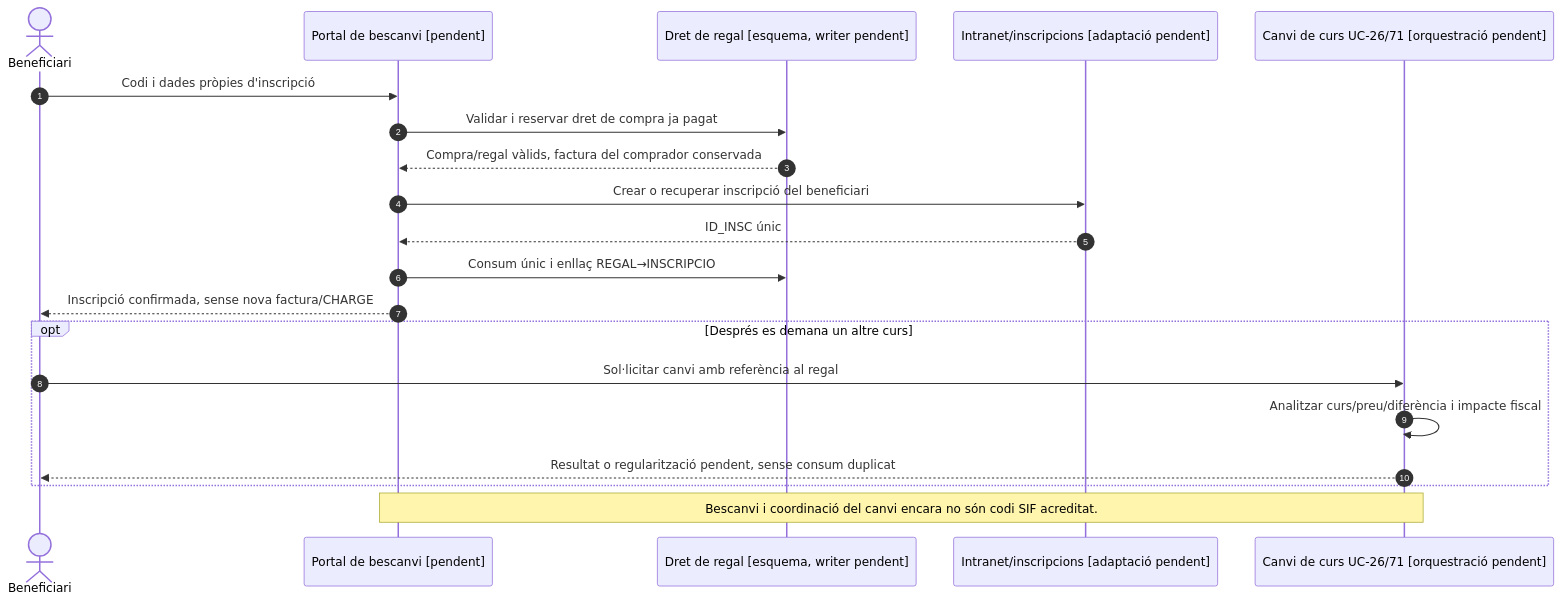
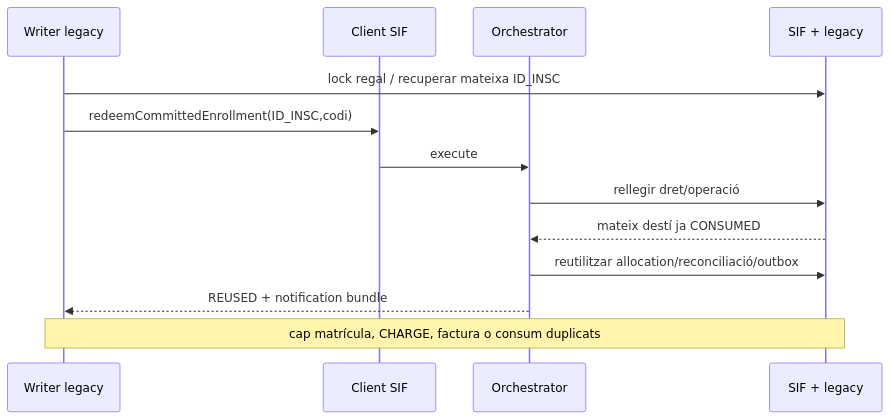
Before and after one commit to orgmeriemprismacat-del/verifactu: the fourth of 5 diagrams in documentacio/07-uml-integrat/uc-018-bescanviar-regal.md, drawn with Mermaid. The commit also changed other lines of this file, not shown here.

Commit message:
docs(UC-018): reconciliar fitxa UML integrada amb el codi real

````diff
--- a/documentacio/07-uml-integrat/uc-018-bescanviar-regal.md
+++ b/documentacio/07-uml-integrat/uc-018-bescanviar-regal.md
@@ -190,22 +169,15 @@
 ```mermaid
 sequenceDiagram
-autonumber
-actor B as Beneficiari
-participant U as Portal de bescanvi [pendent]
-participant E as Dret de regal [esquema, writer pendent]
-participant I as Intranet/inscripcions [adaptació pendent]
-participant C as Canvi de curs UC-26/71 [orquestració pendent]
-B->>U: Codi i dades pròpies d'inscripció
-U->>E: Validar i reservar dret de compra ja pagat
-E-->>U: Compra/regal vàlids, factura del comprador conservada
-U->>I: Crear o recuperar inscripció del beneficiari
-I-->>U: ID_INSC únic
-U->>E: Consum únic i enllaç REGAL→INSCRIPCIO
-U-->>B: Inscripció confirmada, sense nova factura/CHARGE
-opt Després es demana un altre curs
- B->>C: Sol·licitar canvi amb referència al regal
- C->>C: Analitzar curs/preu/diferència i impacte fiscal
- C-->>B: Resultat o regularització pendent, sense consum duplicat
-end
-Note over U,C: Bescanvi i coordinació del canvi encara no són codi SIF acreditat.
+participant W as Writer legacy
+participant C as Client SIF
+participant O as Orchestrator
+participant DB as SIF + legacy
+W->>DB: lock regal / recuperar mateixa ID_INSC
+W->>C: redeemCommittedEnrollment(ID_INSC,codi)
+C->>O: execute
+O->>DB: rellegir dret/operació
+DB-->>O: mateix destí ja CONSUMED
+O->>DB: reutilitzar allocation/reconciliació/outbox
+O-->>W: REUSED + notification bundle
+Note over W,DB: cap matrícula, CHARGE, factura o consum duplicats
 ```
````
